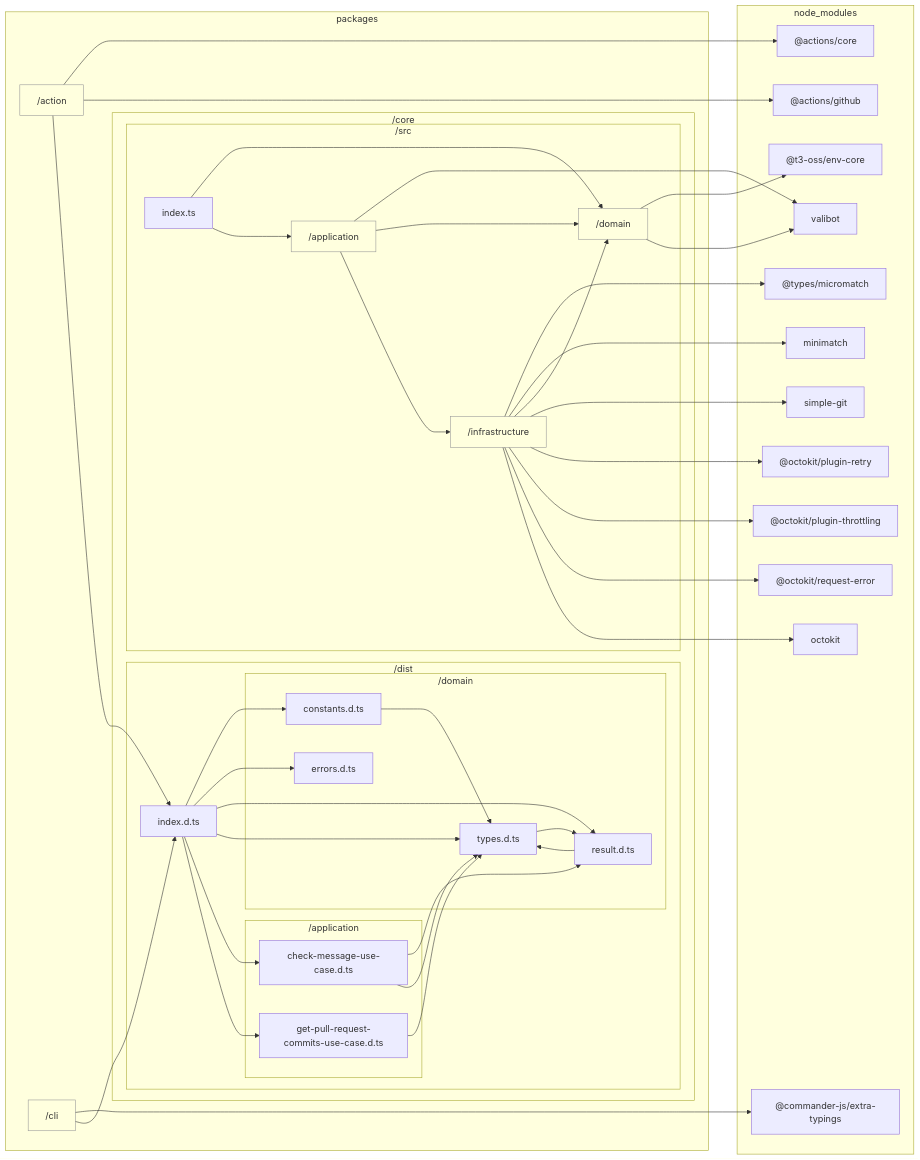
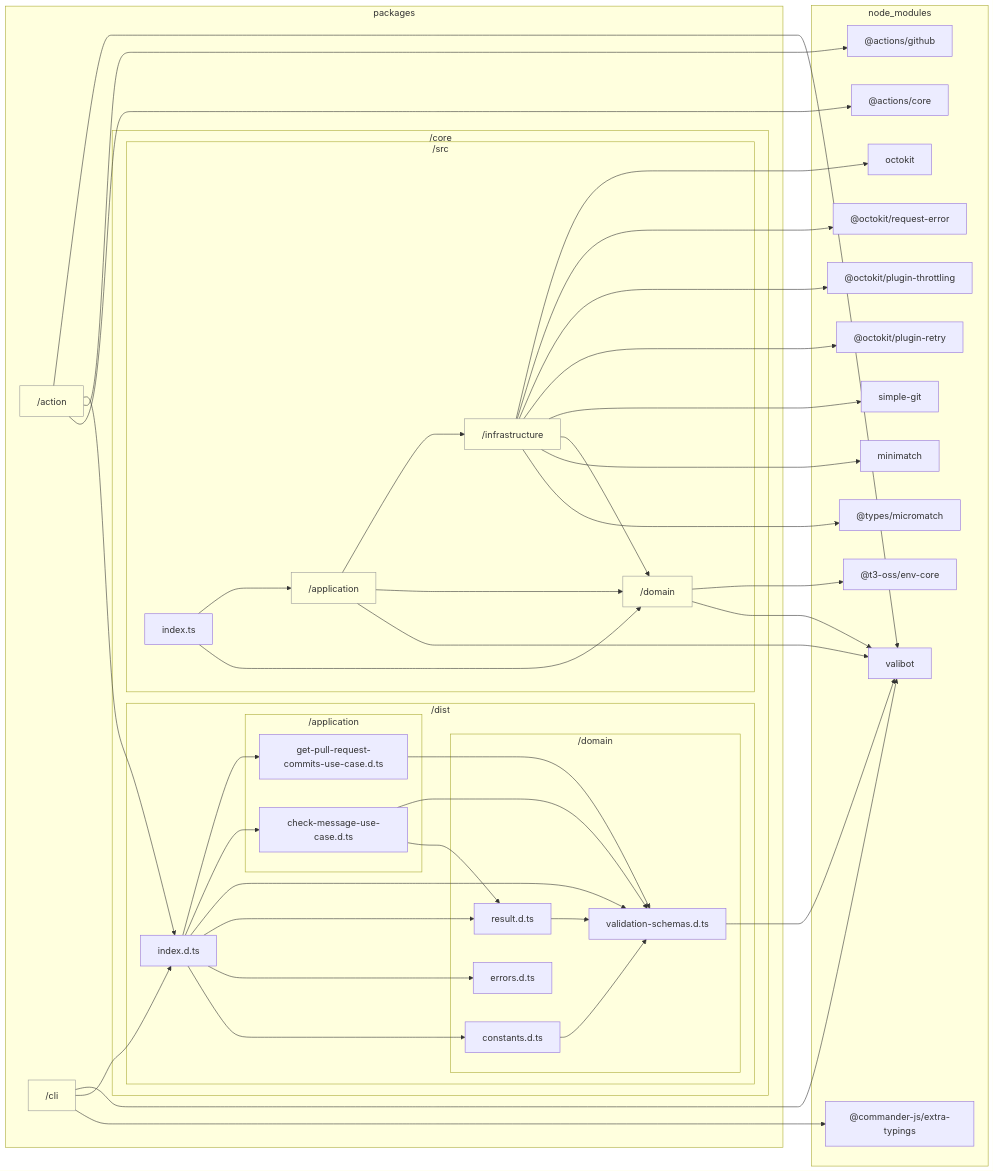
Before and after one commit to sugurutakahashi-1234/issue-linker: the diagram in docs/reports/dependencies/core-architecture.md, drawn with Mermaid. The commit also changed 24 other files, not shown here.

First line of the commit message:
feat: integrate valibot for option validation across packages [deps-change]

````diff
--- a/docs/reports/dependencies/core-architecture.md
+++ b/docs/reports/dependencies/core-architecture.md
@@ -7,75 +7,77 @@
 ```mermaid
 flowchart LR
     classDef dir fill:#0000,stroke:#999
     subgraph packages["packages"]
         packages/action["/action"]:::dir
         packages/cli["/cli"]:::dir
         subgraph packages/core["/core"]
             subgraph packages/core/dist["/dist"]
                 packages/core/dist/index.d.ts["index.d.ts"]
                 subgraph packages/core/dist/domain["/domain"]
-                    packages/core/dist/domain/result.d.ts["result.d.ts"]
-                    packages/core/dist/domain/types.d.ts["types.d.ts"]
+                    packages/core/dist/domain/validation//schemas.d.ts["validation-schemas.d.ts"]
                     packages/core/dist/domain/constants.d.ts["constants.d.ts"]
                     packages/core/dist/domain/errors.d.ts["errors.d.ts"]
+                    packages/core/dist/domain/result.d.ts["result.d.ts"]
                 end
                 subgraph packages/core/dist/application["/application"]
                     packages/core/dist/application/check//message//use//case.d.ts["check-message-use-case.d.ts"]
                     packages/core/dist/application/get//pull//request//commits//use//case.d.ts["get-pull-request-commits-use-case.d.ts"]
                 end
             end
             subgraph packages/core/src["/src"]
                 packages/core/src/domain["/domain"]:::dir
                 packages/core/src/infrastructure["/infrastructure"]:::dir
                 packages/core/src/application["/application"]:::dir
                 packages/core/src/index.ts["index.ts"]
             end
         end
     end
     subgraph node//modules["node_modules"]
+        node//modules/valibot/dist/index.d.cts["valibot"]
         node//modules///actions/core/lib/core.d.ts["@actions/core"]
         node//modules///actions/github/lib/github.d.ts["@actions/github"]
         node//modules///commander//js/extra//typings/index.d.ts["@commander-js/extra-typings"]
         node//modules///types/micromatch/index.d.ts["@types/micromatch"]
         node//modules/minimatch/dist/commonjs/index.d.ts["minimatch"]
         node//modules///t3//oss/env//core/dist/index.d.ts["@t3-oss/env-core"]
-        node//modules/valibot/dist/index.d.cts["valibot"]
         node//modules/simple//git/dist/typings/index.d.ts["simple-git"]
         node//modules///octokit/plugin//retry/dist//types/index.d.ts["@octokit/plugin-retry"]
         node//modules///octokit/plugin//throttling/dist//types/index.d.ts["@octokit/plugin-throttling"]
         node//modules///octokit/request//error/dist//types/index.d.ts["@octokit/request-error"]
         node//modules/octokit/dist//types/index.d.ts["octokit"]
     end
-    packages/core/dist/domain/result.d.ts-->packages/core/dist/domain/types.d.ts
-    packages/core/dist/domain/types.d.ts-->packages/core/dist/domain/result.d.ts
-    packages/core/dist/domain/constants.d.ts-->packages/core/dist/domain/types.d.ts
+    packages/core/dist/domain/validation//schemas.d.ts-->node//modules/valibot/dist/index.d.cts
+    packages/core/dist/domain/constants.d.ts-->packages/core/dist/domain/validation//schemas.d.ts
+    packages/core/dist/domain/result.d.ts-->packages/core/dist/domain/validation//schemas.d.ts
     packages/core/dist/application/check//message//use//case.d.ts-->packages/core/dist/domain/result.d.ts
-    packages/core/dist/application/check//message//use//case.d.ts-->packages/core/dist/domain/types.d.ts
-    packages/core/dist/application/get//pull//request//commits//use//case.d.ts-->packages/core/dist/domain/types.d.ts
+    packages/core/dist/application/check//message//use//case.d.ts-->packages/core/dist/domain/validation//schemas.d.ts
+    packages/core/dist/application/get//pull//request//commits//use//case.d.ts-->packages/core/dist/domain/validation//schemas.d.ts
     packages/core/dist/index.d.ts-->packages/core/dist/domain/constants.d.ts
     packages/core/dist/index.d.ts-->packages/core/dist/domain/errors.d.ts
     packages/core/dist/index.d.ts-->packages/core/dist/domain/result.d.ts
-    packages/core/dist/index.d.ts-->packages/core/dist/domain/types.d.ts
+    packages/core/dist/index.d.ts-->packages/core/dist/domain/validation//schemas.d.ts
     packages/core/dist/index.d.ts-->packages/core/dist/application/check//message//use//case.d.ts
     packages/core/dist/index.d.ts-->packages/core/dist/application/get//pull//request//commits//use//case.d.ts
     packages/action-->node//modules///actions/core/lib/core.d.ts
     packages/action-->node//modules///actions/github/lib/github.d.ts
     packages/action-->packages/core/dist/index.d.ts
+    packages/action-->node//modules/valibot/dist/index.d.cts
     packages/cli-->node//modules///commander//js/extra//typings/index.d.ts
     packages/cli-->packages/core/dist/index.d.ts
+    packages/cli-->node//modules/valibot/dist/index.d.cts
+    packages/core/src/domain-->node//modules/valibot/dist/index.d.cts
     packages/core/src/infrastructure-->node//modules///types/micromatch/index.d.ts
     packages/core/src/infrastructure-->node//modules/minimatch/dist/commonjs/index.d.ts
     packages/core/src/infrastructure-->packages/core/src/domain
     packages/core/src/domain-->node//modules///t3//oss/env//core/dist/index.d.ts
-    packages/core/src/domain-->node//modules/valibot/dist/index.d.cts
     packages/core/src/infrastructure-->node//modules/simple//git/dist/typings/index.d.ts
     packages/core/src/infrastructure-->node//modules///octokit/plugin//retry/dist//types/index.d.ts
     packages/core/src/infrastructure-->node//modules///octokit/plugin//throttling/dist//types/index.d.ts
     packages/core/src/infrastructure-->node//modules///octokit/request//error/dist//types/index.d.ts
     packages/core/src/infrastructure-->node//modules/octokit/dist//types/index.d.ts
     packages/core/src/application-->node//modules/valibot/dist/index.d.cts
     packages/core/src/application-->packages/core/src/domain
     packages/core/src/application-->packages/core/src/infrastructure
     packages/core/src/index.ts-->packages/core/src/domain
     packages/core/src/index.ts-->packages/core/src/application
 ```
````
